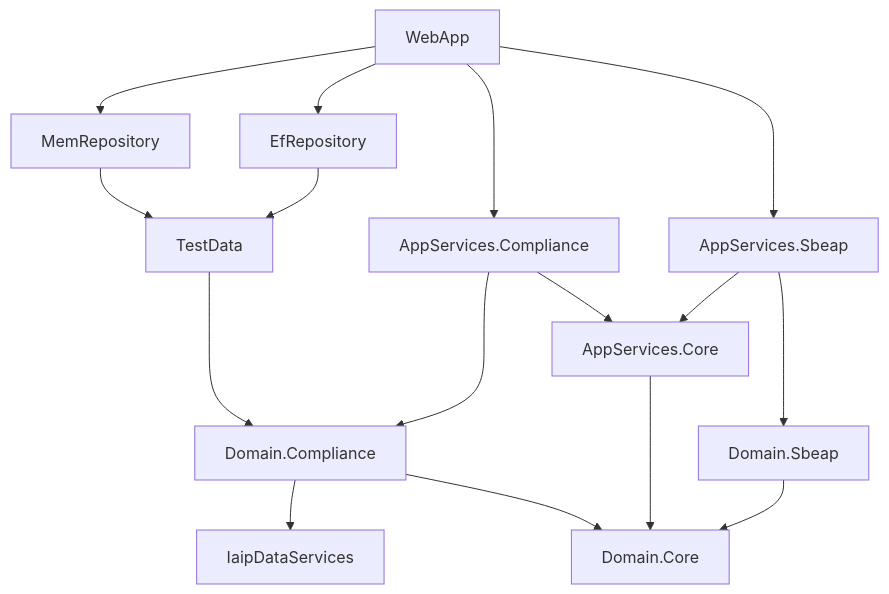
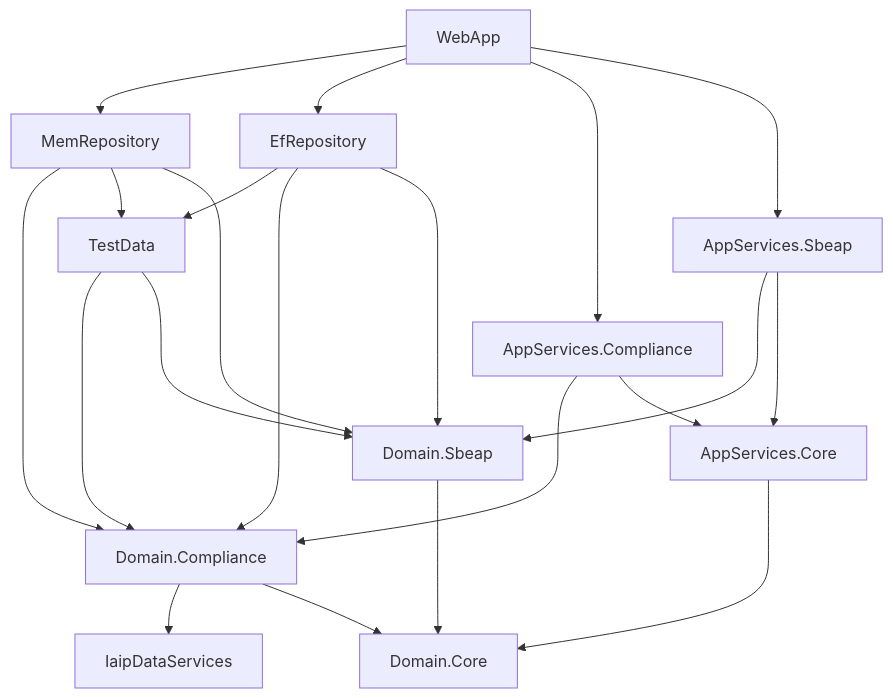
One commit to gaepdit/air-web changed the first of 7 diagrams in README.md. Above: the diagram before and after it, drawn with Mermaid. The commit also changed other lines of this file, not shown here.

````diff
--- a/README.md
+++ b/README.md
@@ -76,21 +74,26 @@
 ```mermaid
 flowchart TB
     I[IaipDataServices]
     DR[Domain.Core]
     DC[Domain.Compliance] --> I
     DS[Domain.Sbeap]
     DC --> DR
-    DS --> DR
+    DS ---> DR
     AR[AppServices.Core] --> DR
     AC[AppServices.Compliance] ---> DC
     AC --> AR
+    AS[AppServices.Sbeap] ---> DS
     AS --> AR
-    AS[AppServices.Sbeap] ---> DS
-    T[TestData] ---> DC
+    T[TestData] ----> DC
+    T ---> DS
     E[EfRepository] --> T
+    E --> DC
+    E --> DS
+    M --> DC
     M[MemRepository] --> T
+    M --> DS
     W[WebApp] --> M
     W --> E
     W --> AC
     W --> AS
 ```
````
